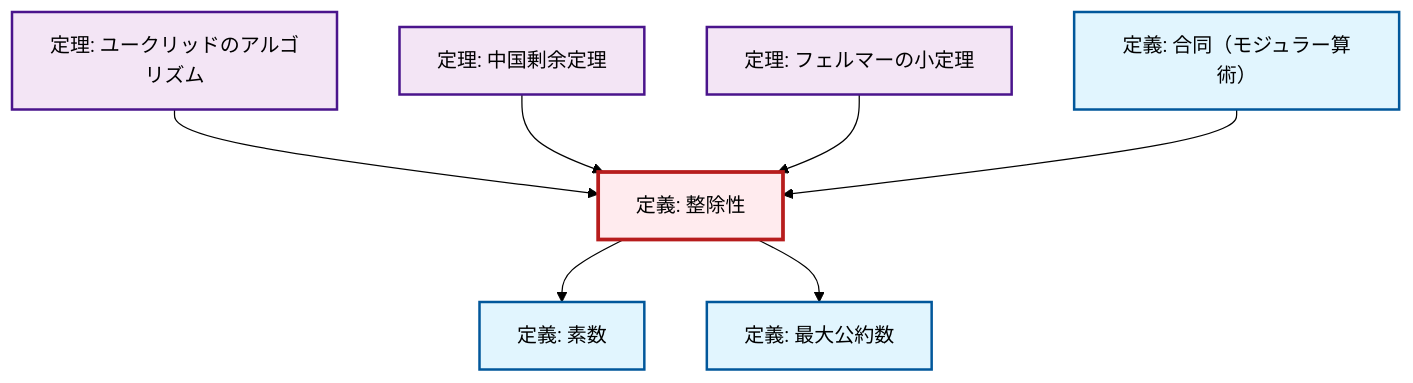
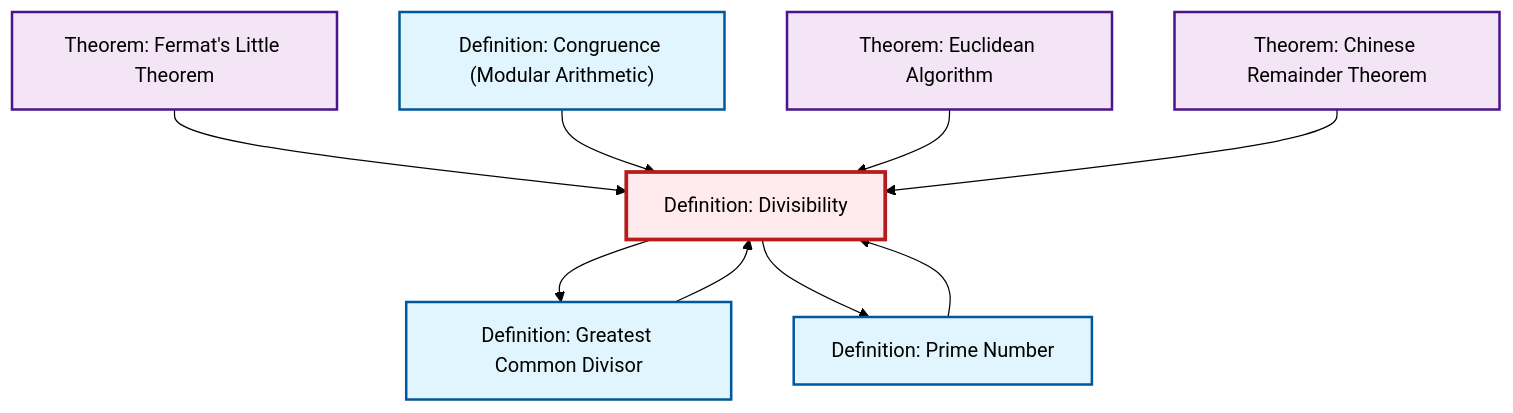
Before and after one commit to RK0429/ModernMath: the diagram in content/ja/number-theory/def-divisibility.qmd, drawn with Mermaid (forest theme). The commit also changed 531 other files, not shown here.

````diff
--- a/content/ja/number-theory/def-divisibility.qmd
+++ b/content/ja/number-theory/def-divisibility.qmd
@@ -88,29 +88,31 @@
 ```{mermaid}
 %%| fig-cap: "Local dependency graph"
 graph TD
     classDef definition fill:#e1f5fe,stroke:#01579b,stroke-width:2px
     classDef theorem fill:#f3e5f5,stroke:#4a148c,stroke-width:2px
     classDef axiom fill:#fff3e0,stroke:#e65100,stroke-width:2px
     classDef example fill:#e8f5e9,stroke:#1b5e20,stroke-width:2px
     classDef current fill:#ffebee,stroke:#b71c1c,stroke-width:3px
-    def-divisibility["定義: 整除性"]:::definition
-    def-prime["定義: 素数"]:::definition
-    def-gcd["定義: 最大公約数"]:::definition
-    thm-euclidean-algorithm["定理: ユークリッドのアルゴリズム"]:::theorem
-    thm-chinese-remainder["定理: 中国剰余定理"]:::theorem
-    thm-fermat-little["定理: フェルマーの小定理"]:::theorem
-    def-congruence["定義: 合同（モジュラー算術）"]:::definition
+    thm-chinese-remainder["Theorem: Chinese Remainder Theorem"]:::theorem
+    def-divisibility["Definition: Divisibility"]:::definition
+    thm-fermat-little["Theorem: Fermat's Little Theorem"]:::theorem
+    def-congruence["Definition: Congruence (Modular Arithmetic)"]:::definition
+    def-gcd["Definition: Greatest Common Divisor"]:::definition
+    def-prime["Definition: Prime Number"]:::definition
+    thm-euclidean-algorithm["Theorem: Euclidean Algorithm"]:::theorem
+    thm-fermat-little --> def-divisibility
+    def-prime --> def-divisibility
+    def-congruence --> def-divisibility
+    def-gcd --> def-divisibility
+    def-divisibility --> def-gcd
     def-divisibility --> def-prime
-    def-divisibility --> def-gcd
     thm-euclidean-algorithm --> def-divisibility
     thm-chinese-remainder --> def-divisibility
-    thm-fermat-little --> def-divisibility
-    def-congruence --> def-divisibility
     class def-divisibility current
-    click def-prime "def-prime.html" "定義: 素数へ"
-    click def-gcd "def-gcd.html" "定義: 最大公約数へ"
-    click thm-euclidean-algorithm "thm-euclidean-algorithm.html" "定理: ユークリッドのアルゴリズムへ"
-    click thm-chinese-remainder "thm-chinese-remainder.html" "定理: 中国剰余定理へ"
-    click thm-fermat-little "thm-fermat-little.html" "定理: フェルマーの小定理へ"
-    click def-congruence "def-congruence.html" "定義: 合同（モジュラー算術）へ"
+    click thm-chinese-remainder "thm-chinese-remainder.html" "Theorem: Chinese Remainder Theoremへ"
+    click thm-fermat-little "thm-fermat-little.html" "Theorem: Fermat's Little Theoremへ"
+    click def-congruence "def-congruence.html" "Definition: Congruence (Modular Arithmetic)へ"
+    click def-gcd "def-gcd.html" "Definition: Greatest Common Divisorへ"
+    click def-prime "def-prime.html" "Definition: Prime Numberへ"
+    click thm-euclidean-algorithm "thm-euclidean-algorithm.html" "Theorem: Euclidean Algorithmへ"
 ```
````
